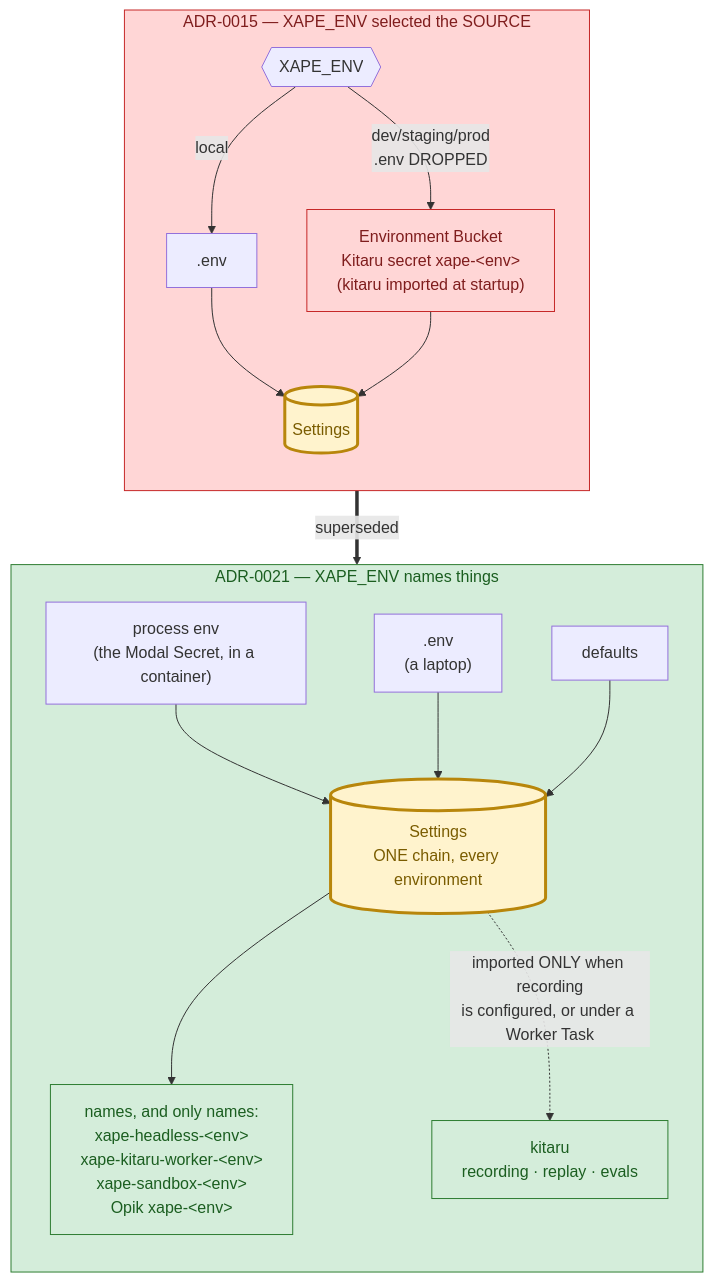
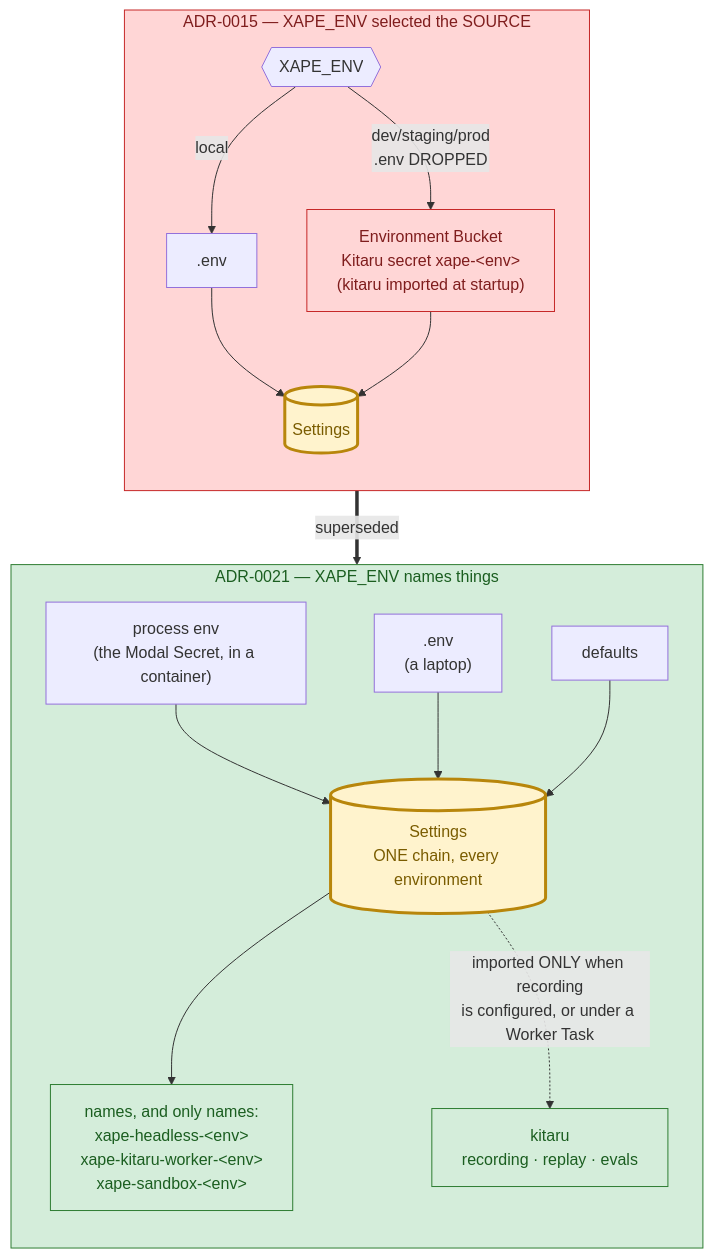
The diagram in docs/adr/0021-decode-env-is-a-naming-suffix.md (Hoids-Labs/XapeCode), drawn with Mermaid before and after one commit. The commit also changed other lines of this file and 493 other files, not shown here.

````diff
--- a/docs/adr/0021-decode-env-is-a-naming-suffix.md
+++ b/docs/adr/0021-decode-env-is-a-naming-suffix.md
@@ -88,35 +88,35 @@
 ```mermaid
 flowchart TB
     subgraph BEFORE["ADR-0015 — XAPE_ENV selected the SOURCE"]
         direction TB
         B_ENV{{"XAPE_ENV"}}
         B_DOT[".env"]
         B_BUCKET["Environment Bucket<br/>Kitaru secret xape-&lt;env&gt;<br/>(kitaru imported at startup)"]
         B_SET[("Settings")]
         B_ENV -->|local| B_DOT --> B_SET
         B_ENV -->|dev/staging/prod<br/>.env DROPPED| B_BUCKET --> B_SET
     end
 
     subgraph AFTER["ADR-0021 — XAPE_ENV names things"]
         direction TB
         A_PROC["process env<br/>(the Modal Secret, in a container)"]
         A_DOT[".env<br/>(a laptop)"]
         A_DEF["defaults"]
         A_SET[("Settings<br/>ONE chain, every environment")]
         A_PROC --> A_SET
         A_DOT --> A_SET
         A_DEF --> A_SET
-        A_SET --> A_NAMES["names, and only names:<br/>xape-headless-&lt;env&gt;<br/>xape-kitaru-worker-&lt;env&gt;<br/>xape-sandbox-&lt;env&gt;<br/>Opik xape-&lt;env&gt;"]
+        A_SET --> A_NAMES["names, and only names:<br/>xape-headless-&lt;env&gt;<br/>xape-kitaru-worker-&lt;env&gt;<br/>xape-sandbox-&lt;env&gt;"]
         A_KIT["kitaru<br/>recording · replay · evals"]
         A_SET -. "imported ONLY when recording<br/>is configured, or under a Worker Task" .-> A_KIT
     end
 
     BEFORE ==>|superseded| AFTER
 
     classDef gone fill:#ffd6d6,stroke:#c62828,color:#7f1d1d;
     classDef truth fill:#fff3cd,stroke:#b8860b,color:#7a5c00,stroke-width:3px;
     classDef good fill:#d4edda,stroke:#2e7d32,color:#1b5e20;
     class B_BUCKET,BEFORE gone;
     class A_SET,B_SET truth;
     class A_NAMES,A_KIT,AFTER good;
 ```
````
